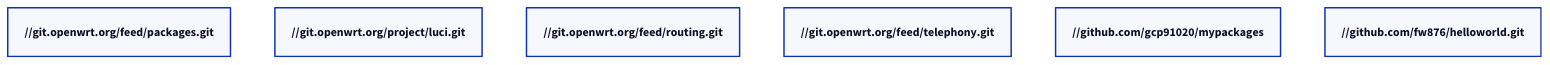
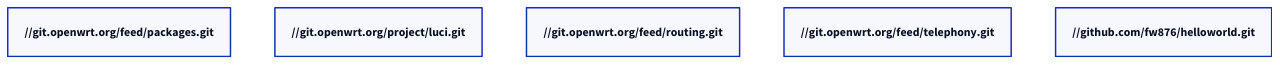
Before and after one commit to gcp91020/myRouters: the diagram in feeds.conf.d2, drawn with D2.

```diff
--- a/feeds.conf.d2
+++ b/feeds.conf.d2
@@ -1,13 +1,13 @@
 src-git packages https://git.openwrt.org/feed/packages.git
 src-git luci https://git.openwrt.org/project/luci.git
 src-git routing https://git.openwrt.org/feed/routing.git
 src-git telephony https://git.openwrt.org/feed/telephony.git
-src-git mypackage https://github.com/gcp91020/mypackages
+# src-git mypackage https://github.com/gcp91020/mypackages
 src-git helloworld https://github.com/fw876/helloworld.git
 
 #src-git helloworld https://github.com/gcp91020/helloworld
 #src-git helloworld https://github.com/fw876/helloworld
 #src-git video https://github.com/openwrt/video.git
 #src-git targets https://github.com/openwrt/targets.git
 #src-git oldpackages http://git.openwrt.org/packages.git
 #src-link custom /usr/src/openwrt/custom-feed
```
